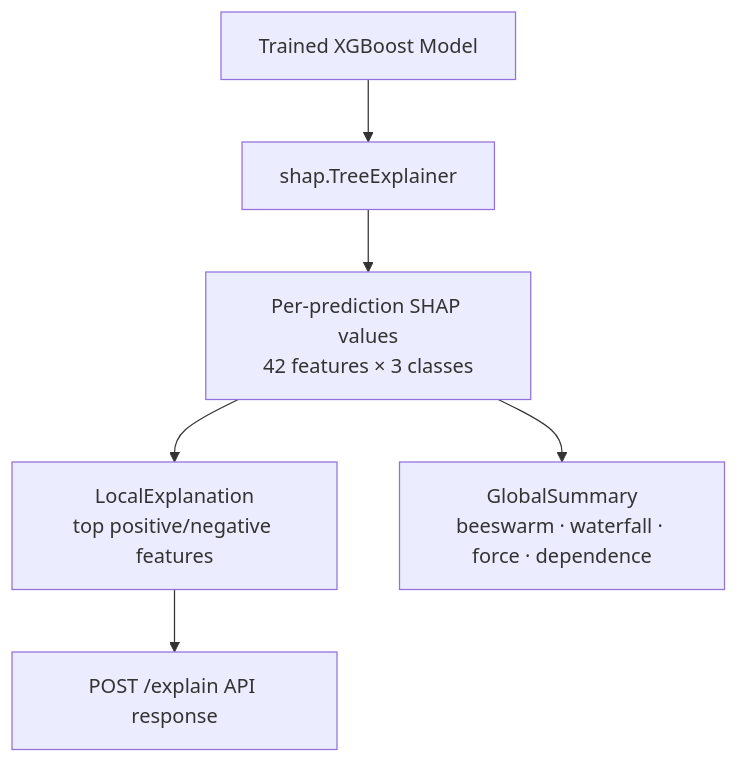
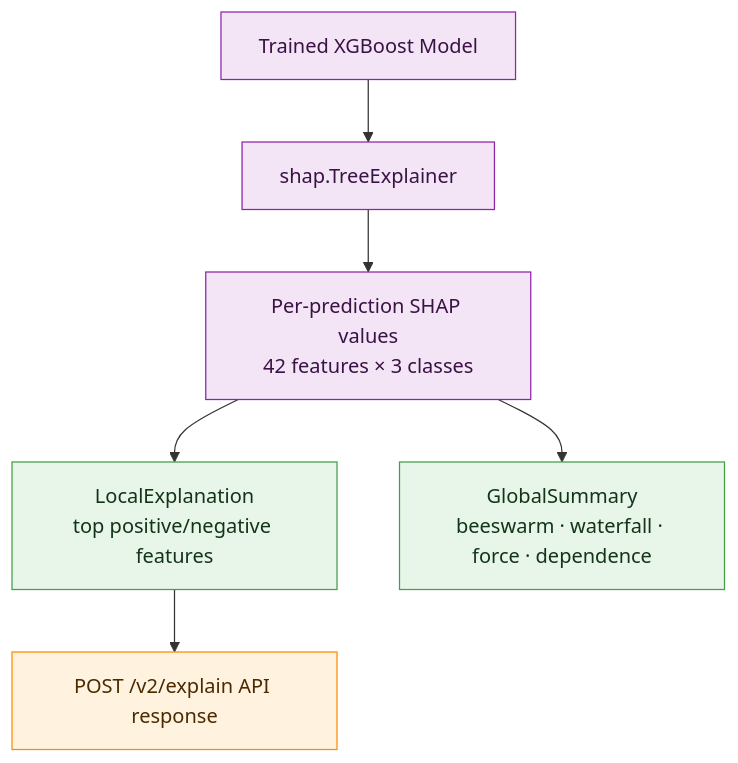
One commit to SumukhaK/football-intelligence-platform changed the fourth of 6 diagrams in README.md. Above: the diagram before and after it, drawn with Mermaid. The commit also changed other lines of this file and 31 other files, not shown here.

First line of the commit message:
docs(docs): bring every readme up to date and colour the diagrams

````diff
--- a/README.md
+++ b/README.md
@@ -158,8 +184,15 @@
 ```mermaid
 flowchart TD
     A[Trained XGBoost Model] --> B[shap.TreeExplainer]
     B --> C[Per-prediction SHAP values\n42 features × 3 classes]
     C --> D[LocalExplanation\ntop positive/negative features]
     C --> E[GlobalSummary\nbeeswarm · waterfall · force · dependence]
-    D --> F[POST /explain API response]
+    D --> F[POST /v2/explain API response]
+
+    classDef data fill:#E8F5E9,stroke:#43A047,color:#12351A
+    classDef model fill:#F3E5F5,stroke:#8E24AA,color:#3A1245
+    classDef serve fill:#FFF3E0,stroke:#FB8C00,color:#4A2A00
+    class A,B,C model
+    class D,E data
+    class F serve
 ```
````
